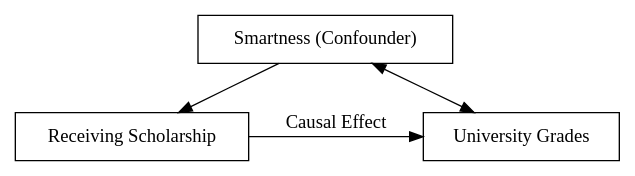
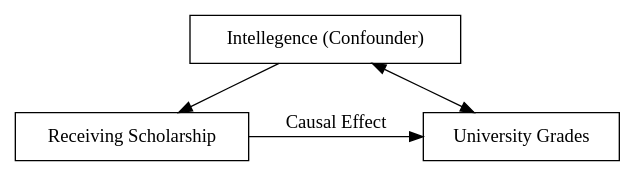
The diagram in soo.qmd (kevinpspe/kevinpspe.github.io), drawn with Graphviz before and after one commit. The commit also changed other lines of this file and 15 other files, not shown here.

````diff
--- a/soo.qmd
+++ b/soo.qmd
@@ -10,18 +10,18 @@
 ```{dot}
 //| fig-width: 4
 //| fig-height: 1.1
 digraph example2 {
   // Nodes
   D [shape=box, pos = "0,0!", label="Receiving Scholarship"]
-  X [shape=box, pos = "2,0!", label="Smartness (Confounder)"]
+  X [shape=box, pos = "2,0!", label="Intellegence (Confounder)"]
   Y [shape=box, pos = "1,-1!", label="University Grades"]
 
   // Edges
   {rank=same; D -> Y [label="Causal Effect"]}
   X -> D
   X -> Y [dir=both]
   
   graph [nodesep=0.5, ranksep=0.5]
 
 }
 ```
````
